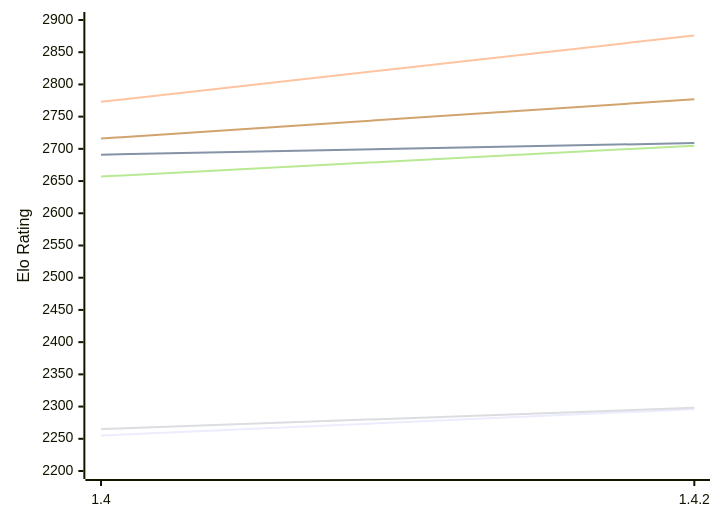
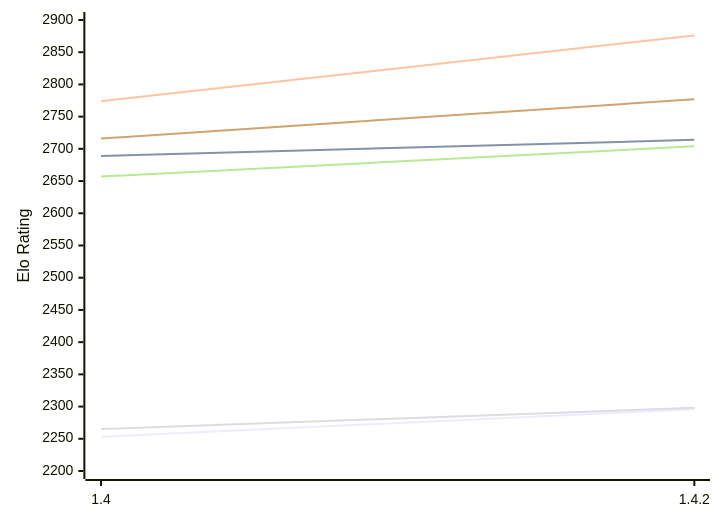
Before and after one commit to computer-chess-index/cci: the first of 2 diagrams in engines/Spike.md, drawn with Mermaid. The commit also changed other lines of this file, not shown here.

Commit message:
Update CCI Ratings (ELO VLTC) - 2026-11-27

````diff
--- a/engines/Spike.md
+++ b/engines/Spike.md
@@ -50,12 +50,12 @@
 ```mermaid
 %%{init: {"theme":"base","themeVariables":{"seriesColors:['#a3a3a3','#222221','#faa371']}}}%%
 xychart-beta
   x-axis ["1.4", "1.4.2"]
   y-axis "Elo Rating" 2200 --> 2900
-  line "E1: STC (8.0+0.08s)" [2255, 2296]
-  line "E1: LTC (60.0+0.60s)" [2691, 2709]
-  line "E1: VLTC (2m24s+1.12s)" [2773, 2876]
+  line "E1: STC (8.0+0.08s)" [2253, 2296]
+  line "E1: LTC (60.0+0.60s)" [2689, 2714]
+  line "E1: VLTC (2m24s+1.12s)" [2774, 2876]
   line "P1: STC (8.0+0.08s)" [2265, 2298]
-  line "P1: LTC (60.0+0.60s)" [2657, 2705]
+  line "P1: LTC (60.0+0.60s)" [2657, 2704]
   line "P1: VLTC (2m24s+1.12s)" [2716, 2777]
 ```
````
